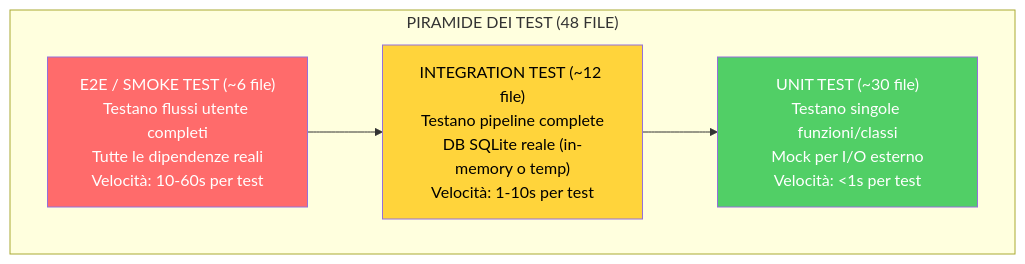
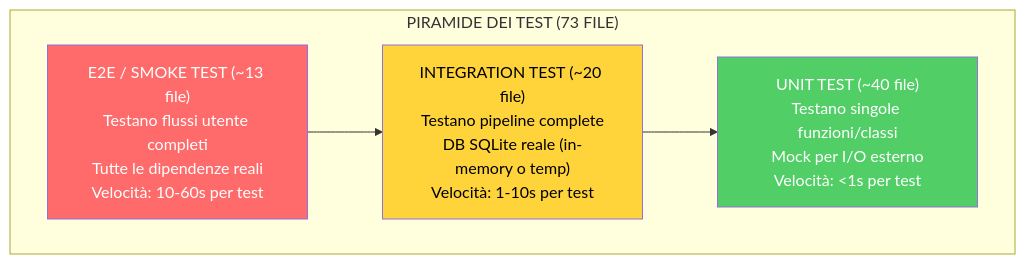
One commit to renanaugustomacena-ux/Counter-Strike-coach-AI changed diagram 42 of 55 in docs/AI-cs2-coach-part3.md. Above: the diagram before and after it, drawn with Mermaid. The commit also changed other lines of this file and 6 other files, not shown here.

First line of the commit message:
Update docs: fix metrics, replace broken SVG with mermaid ER, generate PDFs

````diff
--- a/docs/AI-cs2-coach-part3.md
+++ b/docs/AI-cs2-coach-part3.md
@@ -1999,12 +2151,12 @@
 ```mermaid
 flowchart TB
-    subgraph PYRAMID["PIRAMIDE DEI TEST (48 FILE)"]
-        UNIT["UNIT TEST (~30 file)<br/>Testano singole funzioni/classi<br/>Mock per I/O esterno<br/>Velocità: <1s per test"]
-        INTEG["INTEGRATION TEST (~12 file)<br/>Testano pipeline complete<br/>DB SQLite reale (in-memory o temp)<br/>Velocità: 1-10s per test"]
-        E2E["E2E / SMOKE TEST (~6 file)<br/>Testano flussi utente completi<br/>Tutte le dipendenze reali<br/>Velocità: 10-60s per test"]
+    subgraph PYRAMID["PIRAMIDE DEI TEST (73 FILE)"]
+        UNIT["UNIT TEST (~40 file)<br/>Testano singole funzioni/classi<br/>Mock per I/O esterno<br/>Velocità: <1s per test"]
+        INTEG["INTEGRATION TEST (~20 file)<br/>Testano pipeline complete<br/>DB SQLite reale (in-memory o temp)<br/>Velocità: 1-10s per test"]
+        E2E["E2E / SMOKE TEST (~13 file)<br/>Testano flussi utente completi<br/>Tutte le dipendenze reali<br/>Velocità: 10-60s per test"]
     end
     E2E --> INTEG --> UNIT
     style UNIT fill:#51cf66,color:#fff
     style INTEG fill:#ffd43b,color:#000
     style E2E fill:#ff6b6b,color:#fff
 ```
````
